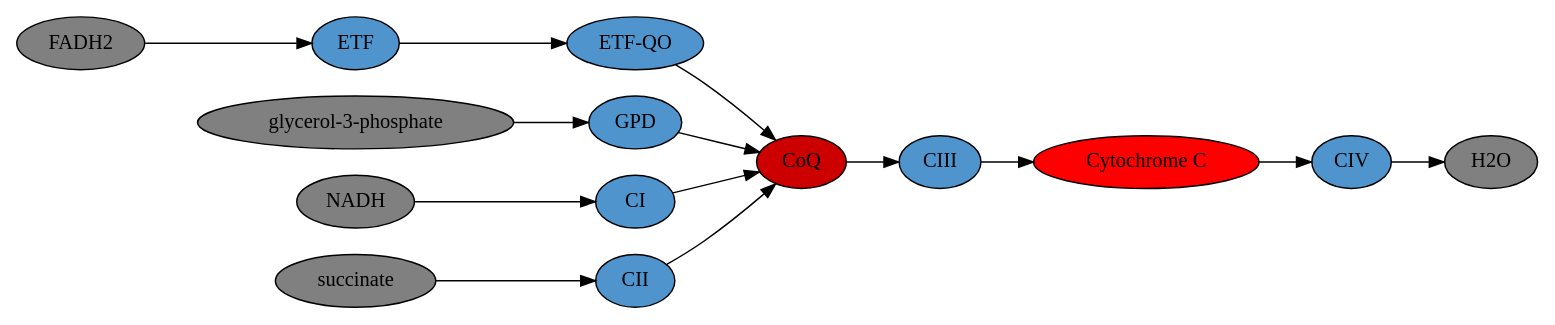
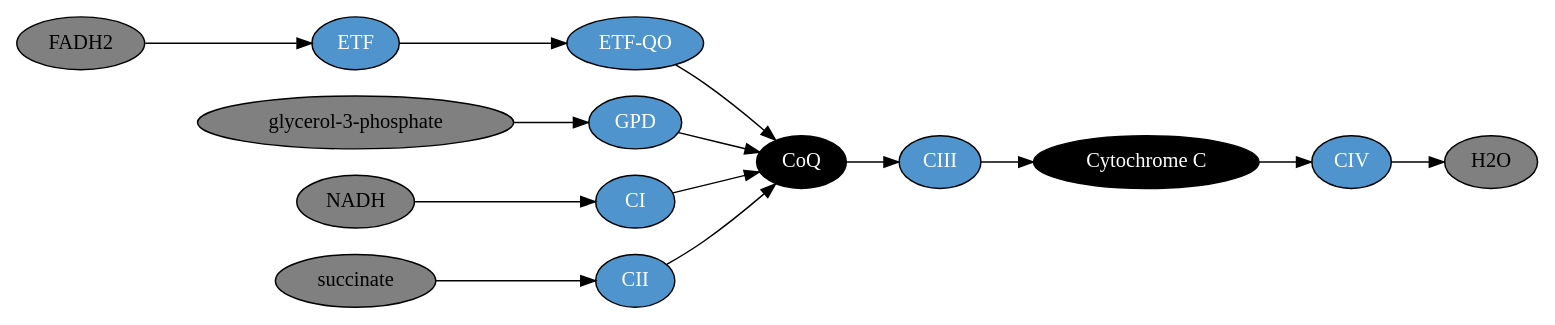
The first of 6 diagrams in methods/mito/mito.org (hendersonmpa/study-notes), drawn with Graphviz before and after one commit. The commit also changed other lines of this file and 19 other files, not shown here.

```diff
--- a/methods/mito/mito.org
+++ b/methods/mito/mito.org
@@ -5,35 +5,35 @@
 #+BEGIN_SRC dot :file ./mito/figures/etc.pdf :cmdline -Kdot -Tpdf
   digraph {
-           // graph from left to right
-           rankdir=LR;
-           splines=true;
-           node [shape=oval];
-           fadh [label="FADH2", fillcolor=grey, style=filled];
-           etf[label="ETF", fillcolor=steelblue3, style=filled];
-           etfd[label="ETF-QO", fillcolor=steelblue3, style=filled];
-	       g3p[label="glycerol-3-phosphate", fillcolor=grey, style=filled];
-           gpd[label="GPD", fillcolor=steelblue3, style=filled];
-           nadh [label="NADH", fillcolor=grey, style=filled];
-           c1 [label="CI", fillcolor=steelblue3, style=filled];
-           q [label="CoQ", fillcolor=red3, style=filled];    
-           c3 [label="CIII", fillcolor=steelblue3, style=filled];     
-           cytc [label="Cytochrome C", fillcolor=red, style=filled];     
-           c4 [label="CIV", fillcolor=steelblue3, style=filled];     
-           h2o [label="H2O", fillcolor=grey, style=filled];     
-           c2 [label="CII", fillcolor=steelblue3, style=filled];     
-           s [label="succinate", fillcolor=grey, style=filled];     
-           fadh -> etf; 
-           etf -> etfd;
-           etfd -> q;
-           g3p -> gpd;
-           gpd -> q;
-           nadh -> c1;
-           c1 -> q;
-           q -> c3;
-           c3 -> cytc; 	 
-           cytc -> c4;
-           c4 -> h2o;
-           c2 -> q;
-           s -> c2;
-           }    
+	   // graph from left to right
+	   rankdir=LR;
+	   splines=true;
+	   node [shape=oval];
+	   fadh [label="FADH2", fillcolor=grey, style=filled];
+	   etf[label="ETF", fillcolor=steelblue3, fontcolor=white, style=filled];
+	   etfd[label="ETF-QO", fillcolor=steelblue3, fontcolor=white, style=filled];
+           g3p[label="glycerol-3-phosphate",fillcolor=grey, style=filled];
+	   gpd[label="GPD", fillcolor=steelblue3,fontcolor=white, style=filled];
+	   nadh [label="NADH", fillcolor=grey, style=filled];
+	   c1 [label="CI", fillcolor=steelblue3,fontcolor=white, style=filled];
+	   q [label="CoQ", fillcolor=black,fontcolor=white, style=filled];    
+	   c3 [label="CIII", fillcolor=steelblue3, fontcolor=white,style=filled];     
+	   cytc [label="Cytochrome C", fillcolor=black, fontcolor=white,style=filled];     
+	   c4 [label="CIV", fillcolor=steelblue3, fontcolor=white,style=filled];     
+	   h2o [label="H2O", fillcolor=grey, style=filled];     
+	   c2 [label="CII", fillcolor=steelblue3, fontcolor=white,style=filled];     
+	   s [label="succinate", fillcolor=grey, style=filled];     
+	   fadh -> etf; 
+	   etf -> etfd;
+	   etfd -> q;
+	   g3p -> gpd;
+	   gpd -> q;
+	   nadh -> c1;
+	   c1 -> q;
+	   q -> c3;
+	   c3 -> cytc; 	 
+	   cytc -> c4;
+	   c4 -> h2o;
+	   c2 -> q;
+	   s -> c2;
+	   }    
 #+END_SRC
```
